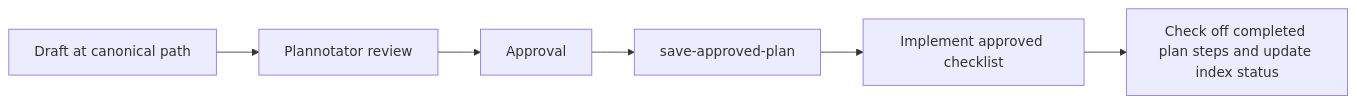
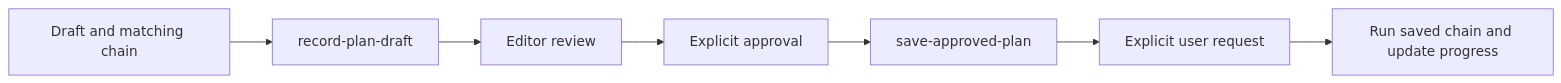
Before and after one commit to ryan1117001/pi-coding-harness: the diagram in docs/coding-agent-harness/workflows.md, drawn with Mermaid. The commit also changed other lines of this file and 24 other files, not shown here.

````diff
--- a/docs/coding-agent-harness/workflows.md
+++ b/docs/coding-agent-harness/workflows.md
@@ -17,8 +21,9 @@
 ```mermaid
 flowchart LR
-  D[Draft at canonical path] --> R[Plannotator review]
-  R --> A[Approval]
+  D[Draft and matching chain] --> R[record-plan-draft]
+  R --> E[Editor review]
+  E --> A[Explicit approval]
   A --> S[save-approved-plan]
-  S --> I[Implement approved checklist]
-  I --> V[Check off completed plan steps and update index status]
+  S --> X[Explicit user request]
+  X --> I[Run saved chain and update progress]
 ```
````
